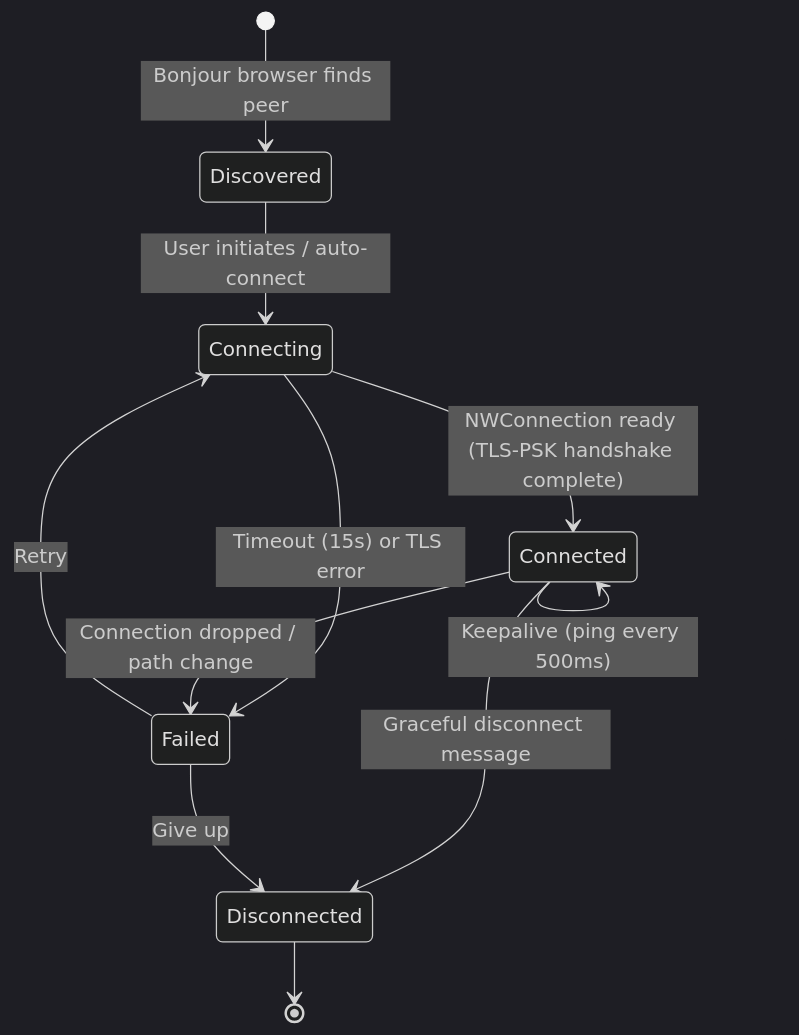
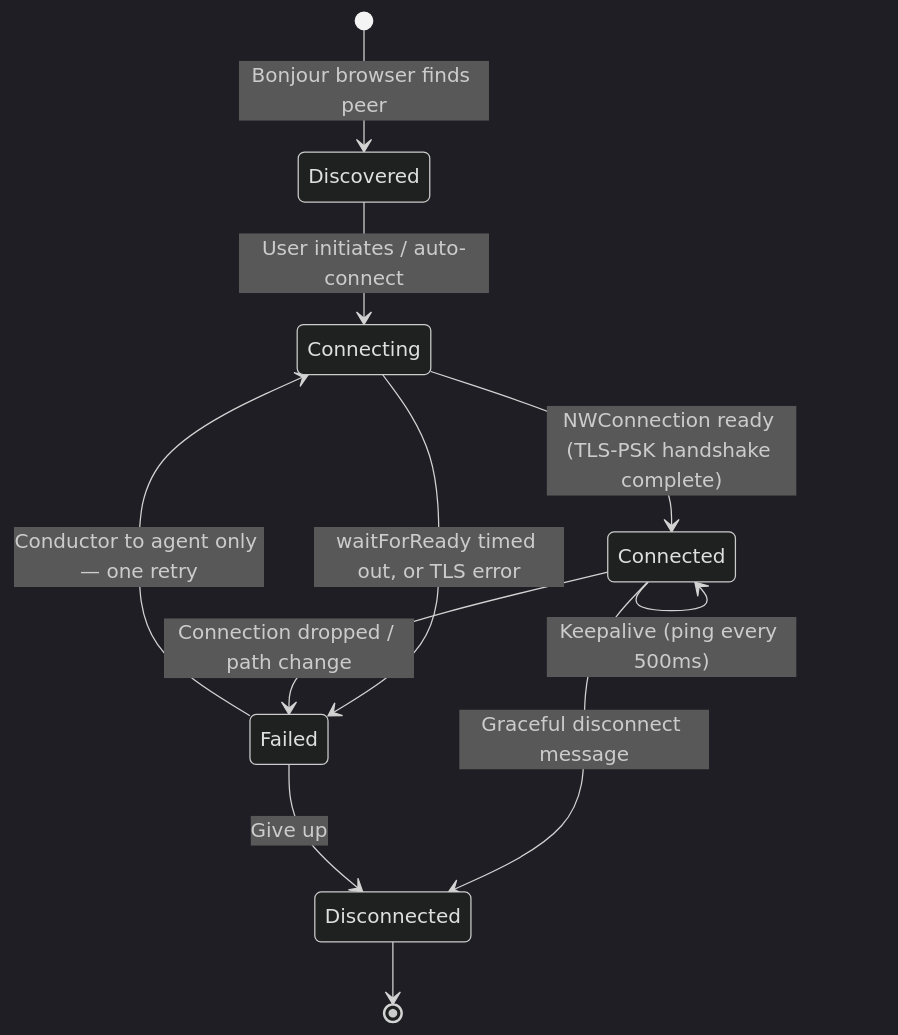
The third of 11 diagrams in docs/current_architecture.md (chrlyons/iPadDx), drawn with Mermaid (dark theme) before and after one commit. The commit also changed other lines of this file and 61 other files, not shown here.

````diff
--- a/docs/current_architecture.md
+++ b/docs/current_architecture.md
@@ -80,17 +94,17 @@
 ```mermaid
 stateDiagram-v2
     [*] --> Discovered : Bonjour browser finds peer
 
     Discovered --> Connecting : User initiates / auto-connect
     Connecting --> Connected : NWConnection ready (TLS-PSK handshake complete)
-    Connecting --> Failed : Timeout (15s) or TLS error
+    Connecting --> Failed : waitForReady timed out, or TLS error
 
     Connected --> Connected : Keepalive (ping every 500ms)
     Connected --> Disconnected : Graceful disconnect message
     Connected --> Failed : Connection dropped / path change
 
-    Failed --> Connecting : Retry
+    Failed --> Connecting : Conductor to agent only — one retry
     Failed --> Disconnected : Give up
 
     Disconnected --> [*]
 ```
````
